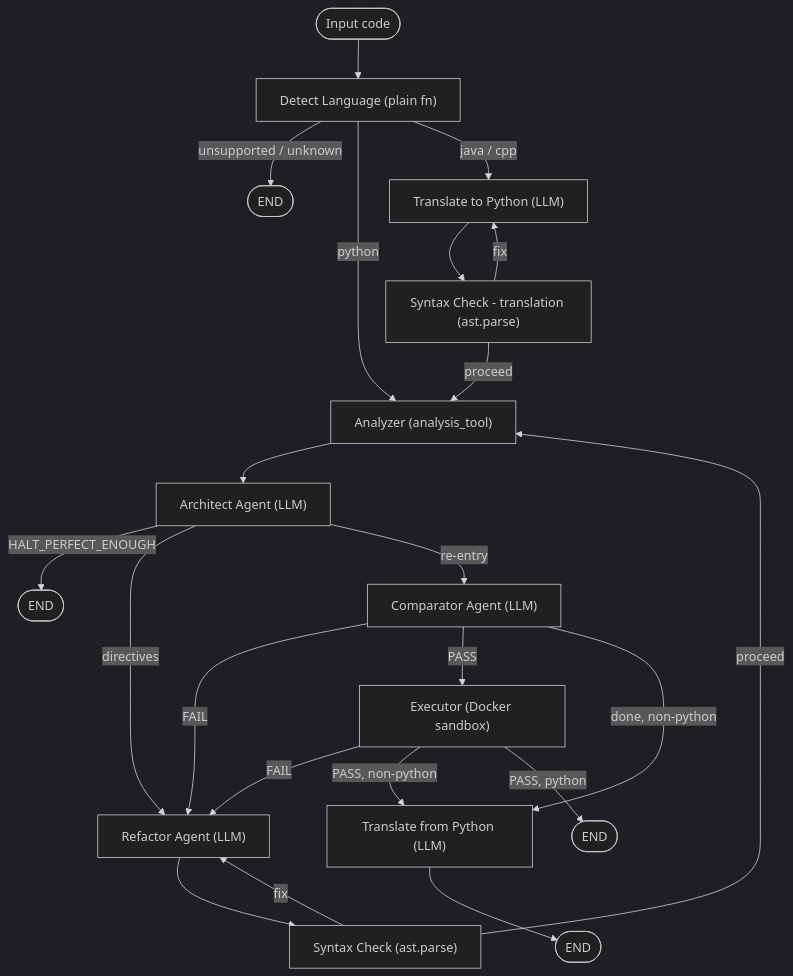
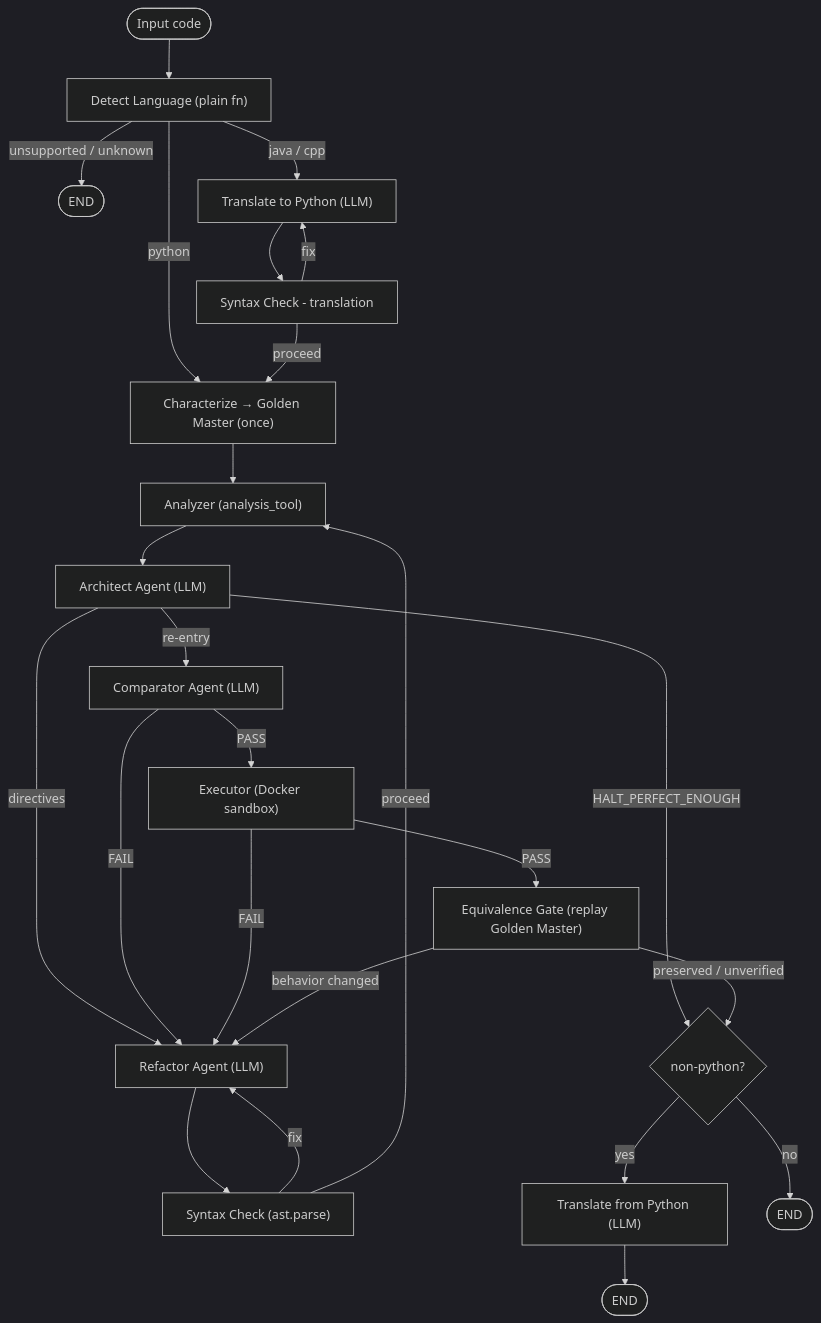
Before and after one commit to AbdallahSabry7/CodeGaurd: the diagram in README.md, drawn with Mermaid (dark theme). The commit also changed other lines of this file and 8 other files, not shown here.

````diff
--- a/README.md
+++ b/README.md
@@ -14,24 +21,27 @@
 ```mermaid
 flowchart TD
     Start([Input code]) --> Detect["Detect Language (plain fn)"]
-    Detect -->|unsupported / unknown| End1([END])
-    Detect -->|python| Analyze["Analyzer (analysis_tool)"]
-    Detect -->|java / cpp| ToPy["Translate to Python (LLM)"]
-    ToPy --> SynT["Syntax Check - translation (ast.parse)"]
+    Detect -->|"unsupported / unknown"| End1([END])
+    Detect -->|python| Char["Characterize → Golden Master (once)"]
+    Detect -->|"java / cpp"| ToPy["Translate to Python (LLM)"]
+    ToPy --> SynT["Syntax Check - translation"]
     SynT -->|fix| ToPy
-    SynT -->|proceed| Analyze
+    SynT -->|proceed| Char
+    Char --> Analyze["Analyzer (analysis_tool)"]
     Analyze --> Arch["Architect Agent (LLM)"]
-    Arch -->|HALT_PERFECT_ENOUGH| End2([END])
+    Arch -->|HALT_PERFECT_ENOUGH| Fin
     Arch -->|directives| Refactor["Refactor Agent (LLM)"]
     Arch -->|re-entry| Compare["Comparator Agent (LLM)"]
     Refactor --> Syn["Syntax Check (ast.parse)"]
     Syn -->|fix| Refactor
     Syn -->|proceed| Analyze
     Compare -->|FAIL| Refactor
     Compare -->|PASS| Exec["Executor (Docker sandbox)"]
-    Compare -->|done, non-python| FromPy["Translate from Python (LLM)"]
     Exec -->|FAIL| Refactor
-    Exec -->|PASS, non-python| FromPy
-    Exec -->|PASS, python| End3([END])
+    Exec -->|PASS| Equiv["Equivalence Gate (replay Golden Master)"]
+    Equiv -->|behavior changed| Refactor
+    Equiv -->|"preserved / unverified"| Fin{"non-python?"}
+    Fin -->|yes| FromPy["Translate from Python (LLM)"]
+    Fin -->|no| End3([END])
     FromPy --> End4([END])
 ```
````
